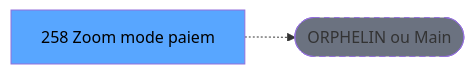
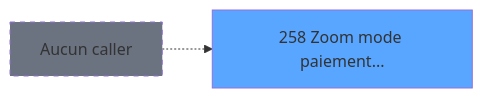
The second of 3 diagrams in .openspec/specs/ADH-IDE-258.md (thonyAGP/magic-migration), drawn with Mermaid before and after one commit. The commit also changed other lines of this file and 493 other files, not shown here.

````diff
--- a/.openspec/specs/ADH-IDE-258.md
+++ b/.openspec/specs/ADH-IDE-258.md
@@ -121,8 +211,8 @@
 ```mermaid
 graph LR
-    T[258 Zoom mode paiem]
-    ORPHAN([ORPHELIN ou Main])
-    T -.-> ORPHAN
-    style T fill:#58a6ff,color:#000
-    style ORPHAN fill:#6b7280,stroke-dasharray: 5 5
+    T258[258 Zoom mode paiement...]
+    style T258 fill:#58a6ff
+    NONE[Aucun caller]
+    NONE -.-> T258
+    style NONE fill:#6b7280,stroke-dasharray: 5 5
 ```
````
